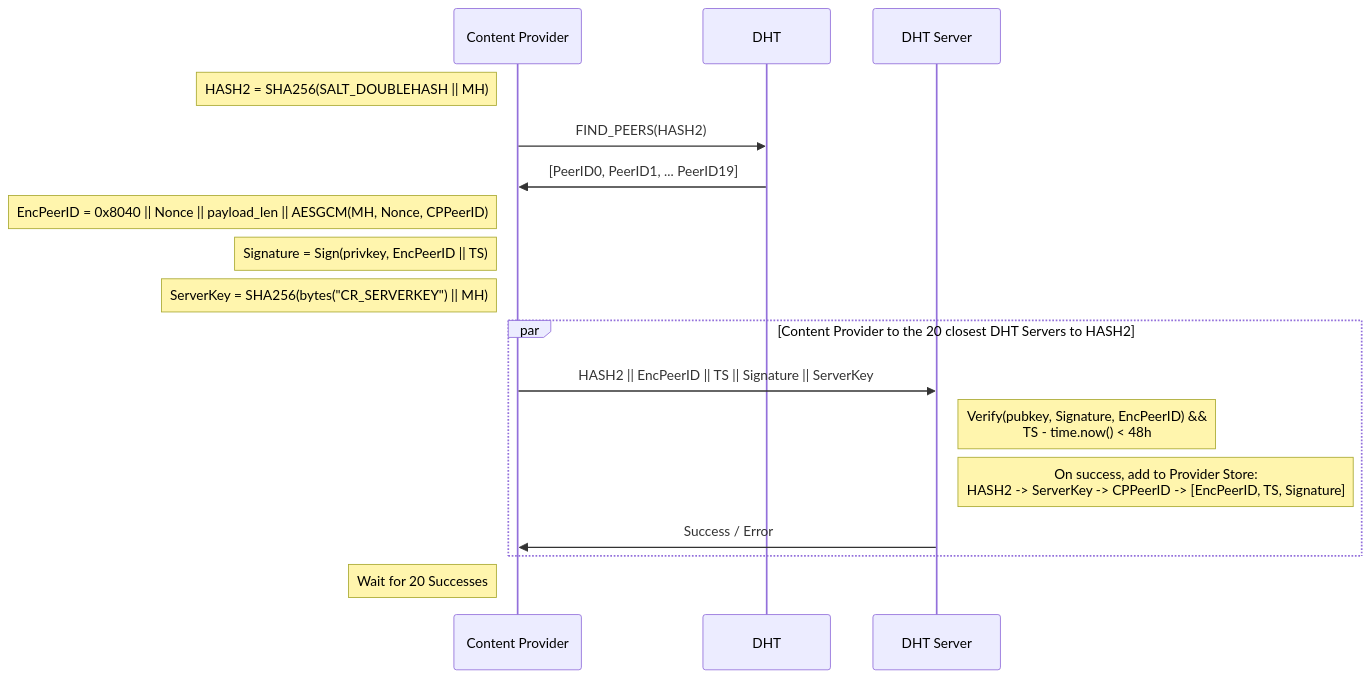
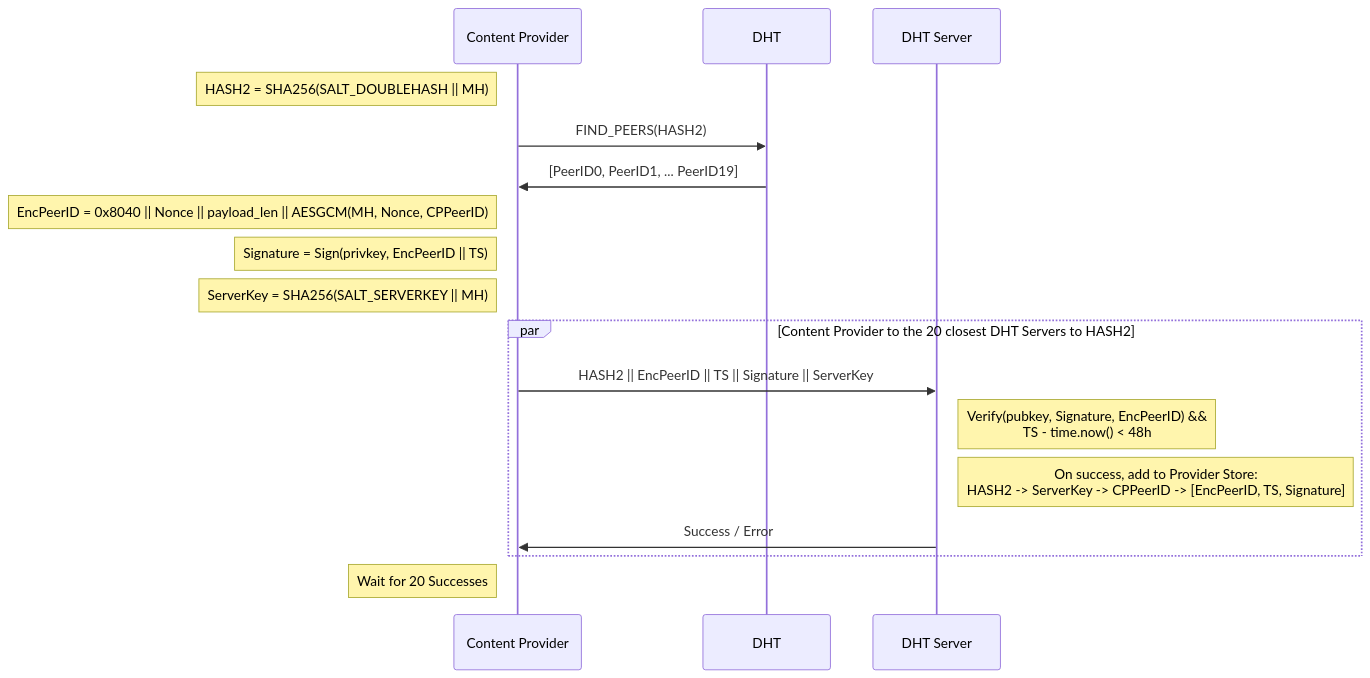
Before and after one commit to ipfs/specs: the first of 2 diagrams in IPIP/0373-double-hash-dht.md, drawn with Mermaid.

````diff
--- a/IPIP/0373-double-hash-dht.md
+++ b/IPIP/0373-double-hash-dht.md
@@ -99,26 +99,26 @@
 ```mermaid
 sequenceDiagram
     participant CP as Content Provider
     participant DHT
     participant Server as DHT Server
 
     Note left of CP: HASH2 = SHA256(SALT_DOUBLEHASH || MH)
 
     CP->>DHT: FIND_PEERS(HASH2)
     DHT->>CP: [PeerID0, PeerID1, ... PeerID19]
 
     Note left of CP: EncPeerID = 0x8040 || Nonce || payload_len || AESGCM(MH, Nonce, CPPeerID)
     Note left of CP: Signature = Sign(privkey, EncPeerID || TS)
-    Note left of CP: ServerKey = SHA256(bytes("CR_SERVERKEY") || MH)
+    Note left of CP: ServerKey = SHA256(SALT_SERVERKEY || MH)
 
     par Content Provider to the 20 closest DHT Servers to HASH2
         CP->>Server: HASH2 || EncPeerID || TS || Signature || ServerKey
     
     Note right of Server: Verify(pubkey, Signature, EncPeerID) &&<br>TS - time.now() < 48h
     Note right of Server: On success, add to Provider Store:<br>HASH2 -> ServerKey -> CPPeerID -> [EncPeerID, TS, Signature]
 
     Server->>CP: Success / Error
     end
 
     Note left of CP: Wait for 20 Successes
 ```
````
